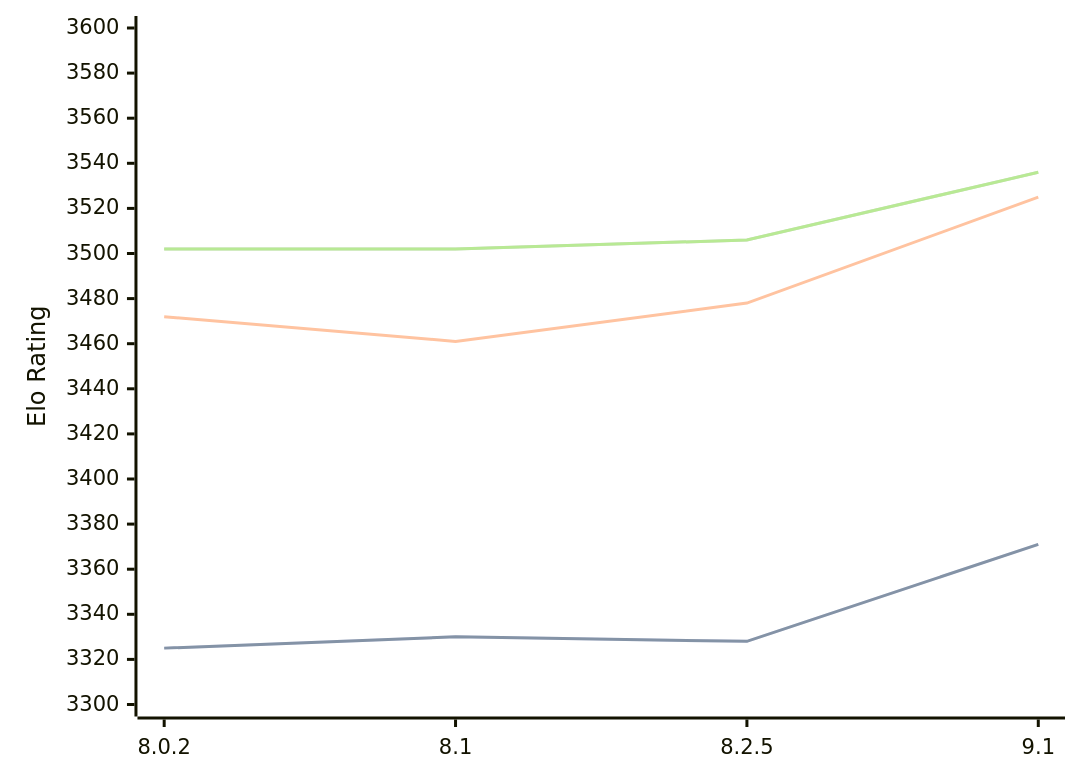
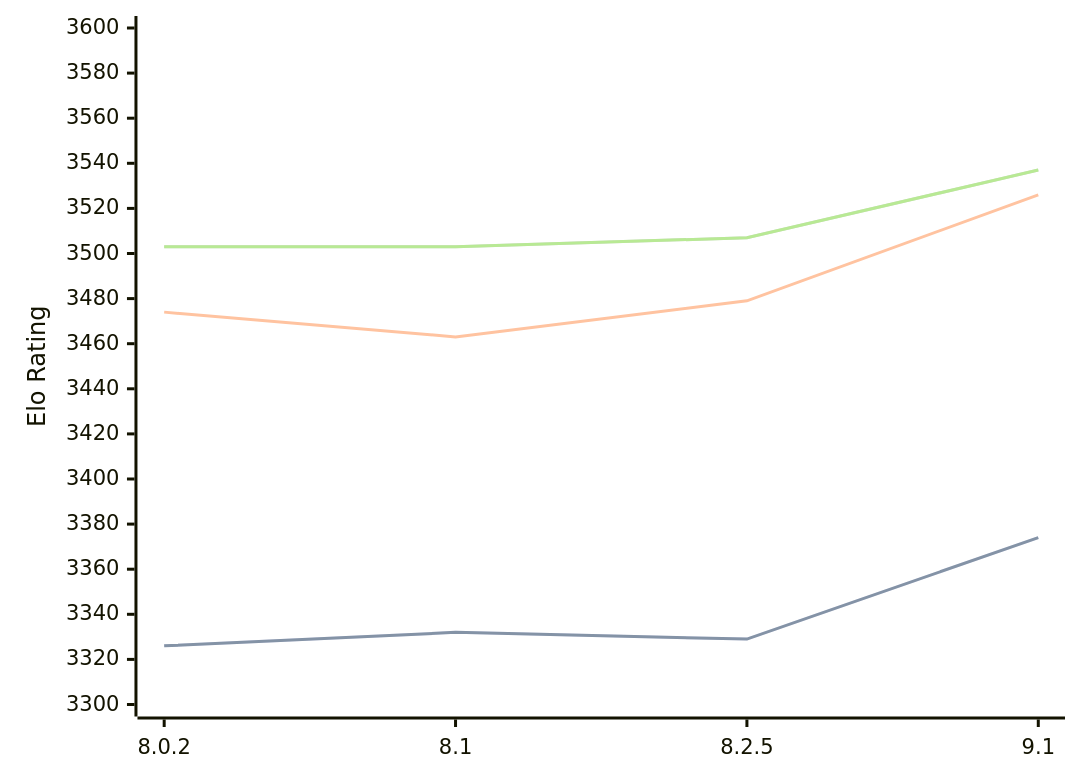
One commit to computer-chess-index/cci changed the diagram in engines/Clover.md. Above: the diagram before and after it, drawn with Mermaid. The commit also changed other lines of this file, not shown here.

Commit message:
Update CCI Ratings (ELO VLTC) - 2026-08-15

````diff
--- a/engines/Clover.md
+++ b/engines/Clover.md
@@ -35,11 +35,11 @@
 ```mermaid
 %%{init: {"theme":"base","themeVariables":{"seriesColors:['#a3a3a3','#222221','#faa371']}}}%%
 xychart-beta
   x-axis ["8.0.2", "8.1", "8.2.5", "9.1"]
   y-axis "Elo Rating" 3300 --> 3600
-  line "STC (8.0+0.08s)" [3325, 3330, 3328, 3371]
-  line "STC (8.0+0.08s)" [3325, 3330, 3328, 3371]
-  line "LTC (60.0+0.60s)" [3472, 3461, 3478, 3525]
-  line "VLTC (2m24s+1.12s)" [3502, 3502, 3506, 3536]
-  line "VLTC (2m24s+1.12s)" [3502, 3502, 3506, 3536]
+  line "STC (8.0+0.08s)" [3326, 3332, 3329, 3374]
+  line "STC (8.0+0.08s)" [3326, 3332, 3329, 3374]
+  line "LTC (60.0+0.60s)" [3474, 3463, 3479, 3526]
+  line "VLTC (2m24s+1.12s)" [3503, 3503, 3507, 3537]
+  line "VLTC (2m24s+1.12s)" [3503, 3503, 3507, 3537]
 ```
````
